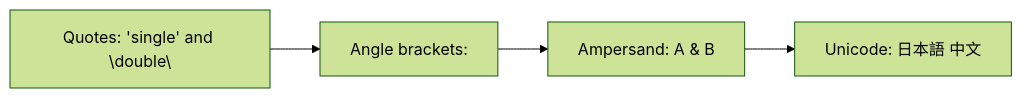
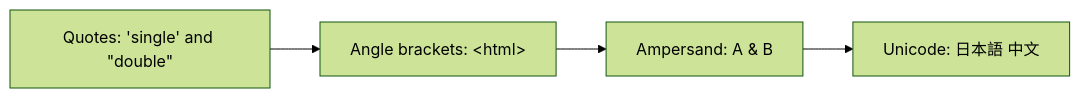
Diagram 33 of 41 in docs/demos/mermaid-diagrams.md (mickdarling/merview), drawn with Mermaid (forest theme) before and after one commit. The commit also changed other lines of this file and 6 other files, not shown here.

First line of the commit message:
feat: Separate intentionally broken Mermaid diagrams to dedicated page (#340)

````diff
--- a/docs/demos/mermaid-diagrams.md
+++ b/docs/demos/mermaid-diagrams.md
@@ -757,6 +758,6 @@
 ```mermaid
 graph LR
-    A["Quotes: 'single' and \"double\""] --> B["Angle brackets: <html>"]
-    B --> C["Ampersand: A & B"]
+    A["Quotes: 'single' and #quot;double#quot;"] --> B["Angle brackets: #lt;html#gt;"]
+    B --> C["Ampersand: A #amp; B"]
     C --> D["Unicode: 日本語 中文"]
 ```
````
